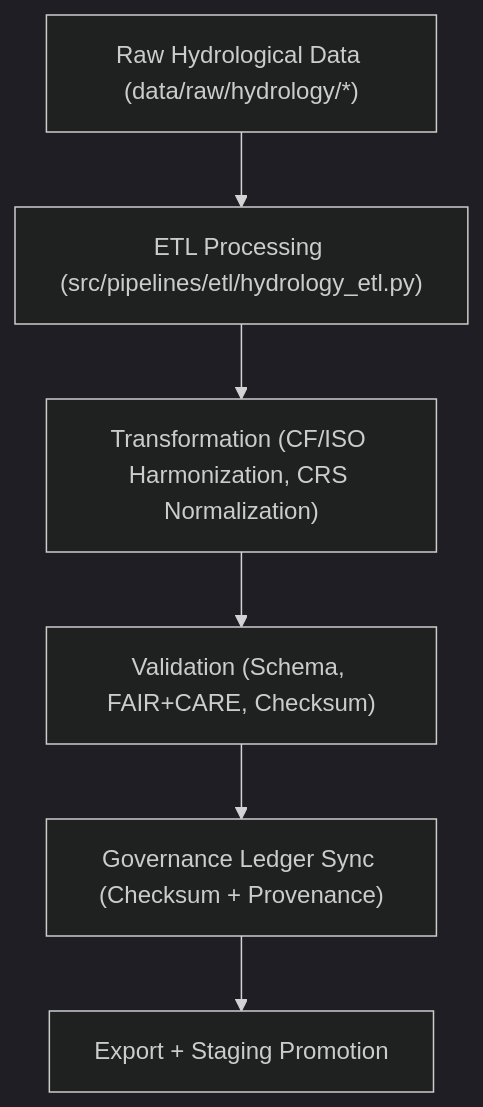
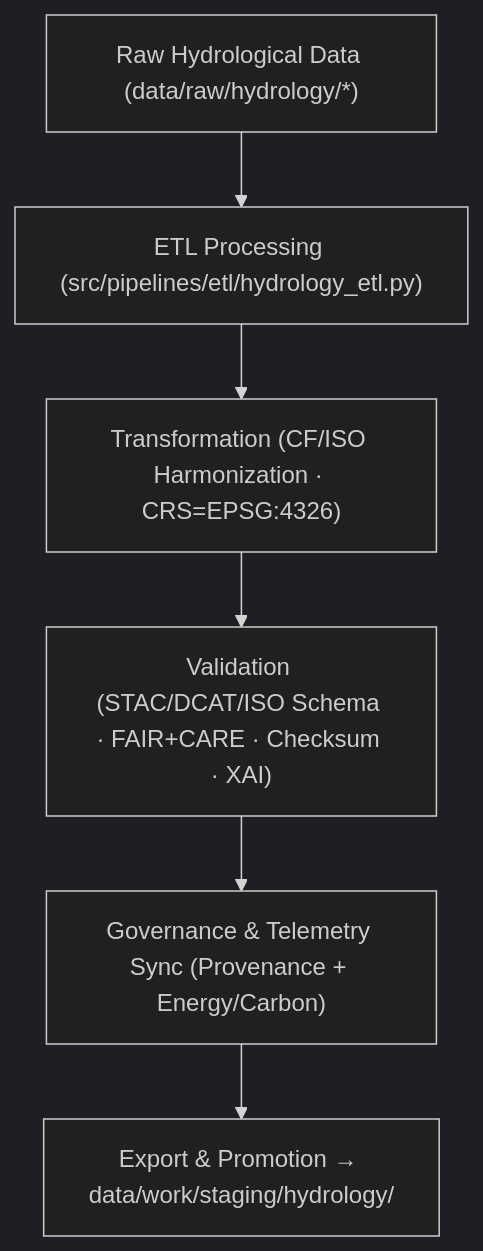
Before and after one commit to bartytime4life/Kansas-Frontier-Matrix: the diagram in data/work/tmp/hydrology/README.md, drawn with Mermaid (dark theme). The commit also changed other lines of this file, not shown here.

````diff
--- a/data/work/tmp/hydrology/README.md
+++ b/data/work/tmp/hydrology/README.md
@@ -84,8 +88,8 @@
 ```mermaid
 flowchart TD
     A["Raw Hydrological Data (data/raw/hydrology/*)"] --> B["ETL Processing (src/pipelines/etl/hydrology_etl.py)"]
-    B --> C["Transformation (CF/ISO Harmonization, CRS Normalization)"]
-    C --> D["Validation (Schema, FAIR+CARE, Checksum)"]
-    D --> E["Governance Ledger Sync (Checksum + Provenance)"]
-    E --> F["Export + Staging Promotion"]
+    B --> C["Transformation (CF/ISO Harmonization · CRS=EPSG:4326)"]
+    C --> D["Validation (STAC/DCAT/ISO Schema · FAIR+CARE · Checksum · XAI)"]
+    D --> E["Governance & Telemetry Sync (Provenance + Energy/Carbon)"]
+    E --> F["Export & Promotion → data/work/staging/hydrology/"]
 ```
````
